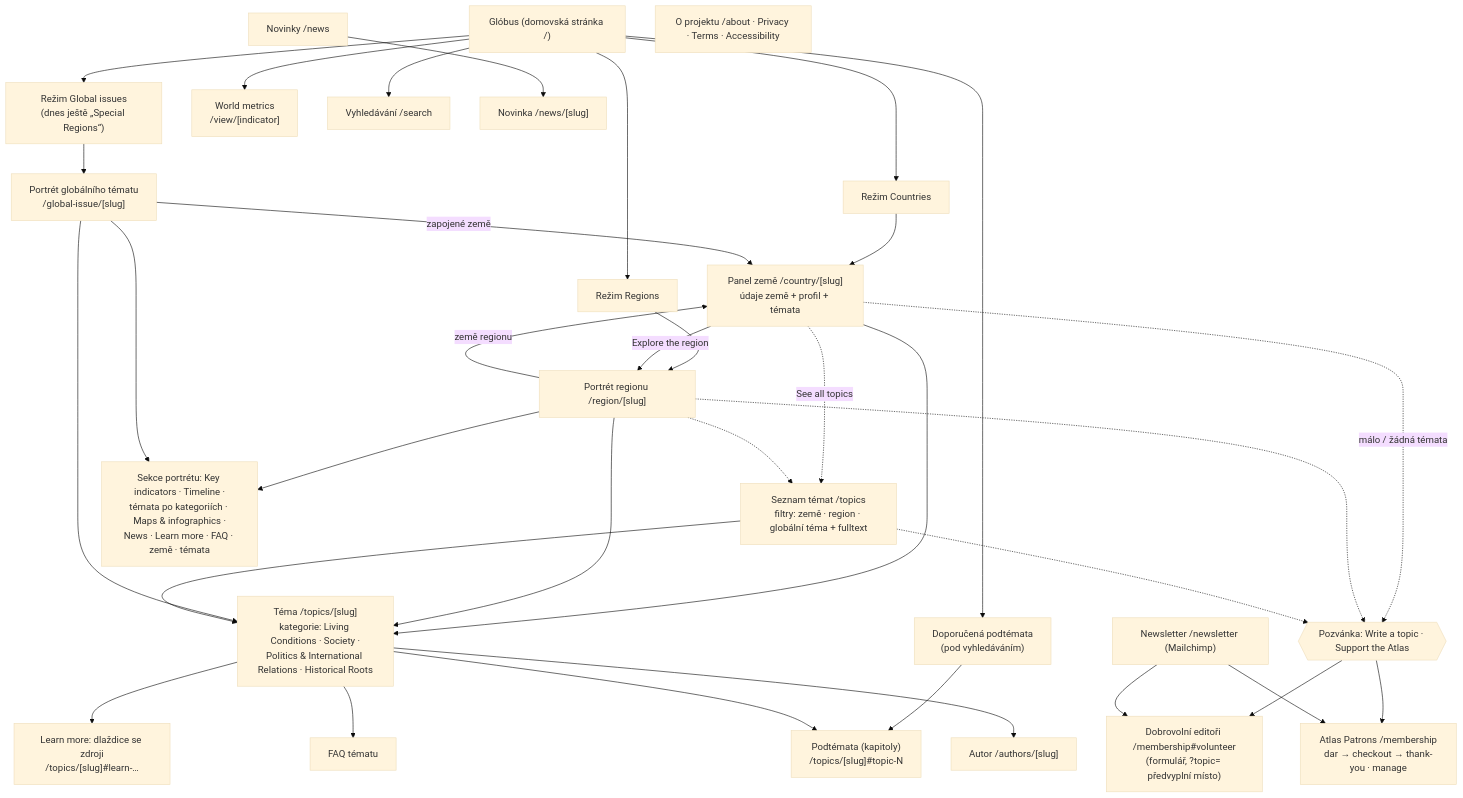
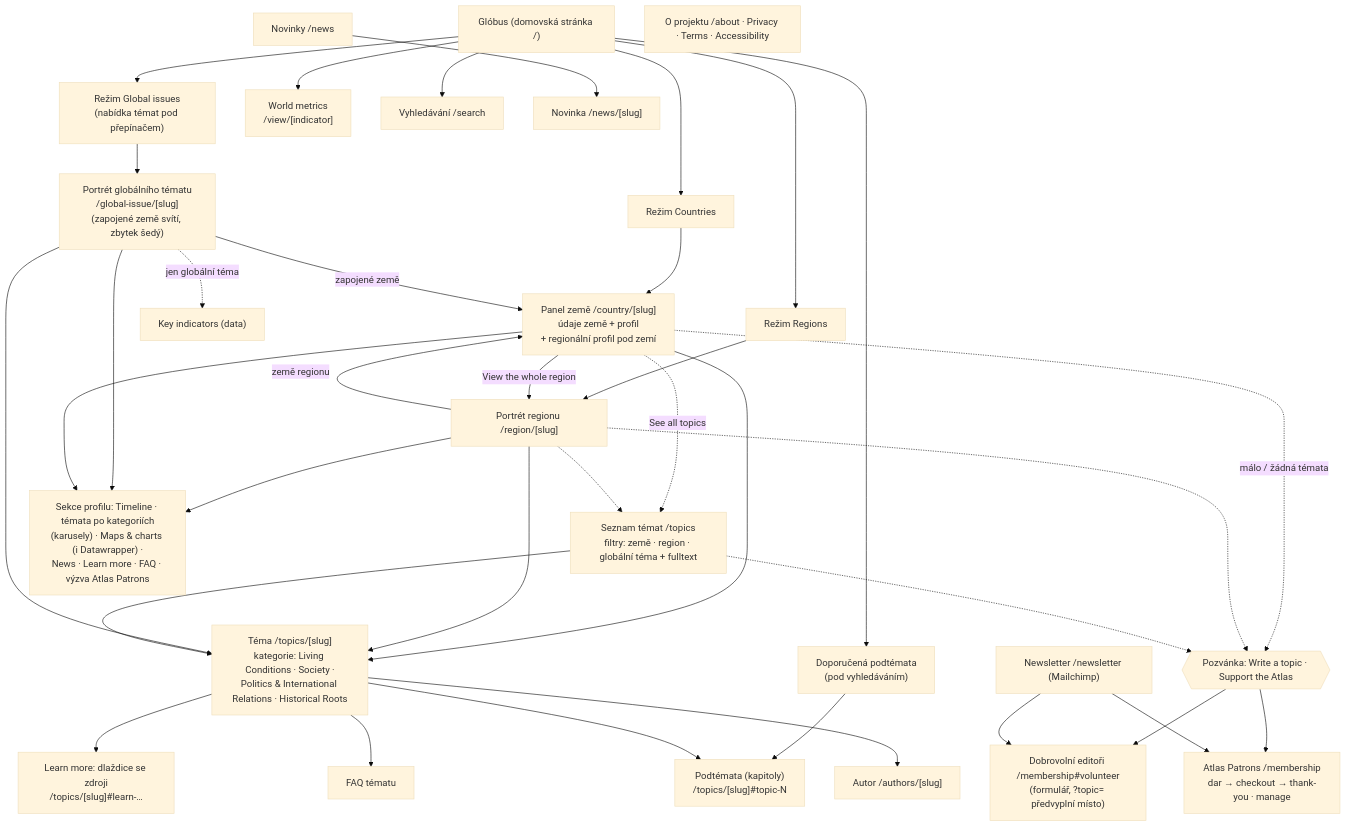
The first of 2 diagrams in docs/architecture/mapa-webu.md (Atlas-of-Today-s-World/atlas-of-todays-world), drawn with Mermaid (base theme) before and after one commit. The commit also changed other lines of this file, not shown here.

Commit message:
docs: site map after the 2026-10-07 changes (regional profile, global issues, content status)

````diff
--- a/docs/architecture/mapa-webu.md
+++ b/docs/architecture/mapa-webu.md
@@ -15,50 +15,52 @@
 ```mermaid
 flowchart TD
   Home["Glóbus (domovská stránka /)"]
   Home --> M1["Režim Countries"]
   Home --> M2["Režim Regions"]
-  Home --> M3["Režim Global issues<br/>(dnes ještě „Special Regions“)"]
+  Home --> M3["Režim Global issues<br/>(nabídka témat pod přepínačem)"]
   Home --> Metrics["World metrics<br/>/view/[indicator]"]
   Home --> Featured["Doporučená podtémata<br/>(pod vyhledáváním)"]
   Home --> Search["Vyhledávání /search"]
 
-  M1 --> Country["Panel země /country/[slug]<br/>údaje země + profil + témata"]
+  M1 --> Country["Panel země /country/[slug]<br/>údaje země + profil<br/>+ regionální profil pod zemí"]
   M2 --> Region["Portrét regionu /region/[slug]"]
-  M3 --> Issue["Portrét globálního tématu<br/>/global-issue/[slug]"]
-  Country -->|"Explore the region"| Region
+  M3 --> Issue["Portrét globálního tématu<br/>/global-issue/[slug]<br/>(zapojené země svítí, zbytek šedý)"]
+  Country -->|"View the whole region"| Region
   Region -->|"země regionu"| Country
   Issue -->|"zapojené země"| Country
 
   Country --> Topic
   Region --> Topic
   Issue --> Topic
   Featured --> Subtopic
 
   Topics["Seznam témat /topics<br/>filtry: země · region · globální téma + fulltext"] --> Topic
   Country -.->|"See all topics"| Topics
   Region -.-> Topics
 
   Topic["Téma /topics/[slug]<br/>kategorie: Living Conditions · Society ·<br/>Politics & International Relations · Historical Roots"]
   Topic --> Subtopic["Podtémata (kapitoly)<br/>/topics/[slug]#topic-N"]
   Topic --> LearnMore["Learn more: dlaždice se zdroji<br/>/topics/[slug]#learn-…"]
   Topic --> TopicFaq["FAQ tématu"]
   Topic --> Author["Autor /authors/[slug]"]
 
-  Region --> Portrait["Sekce portrétu: Key indicators · Timeline ·<br/>témata po kategoriích · Maps & infographics ·<br/>News · Learn more · FAQ · země · témata"]
+  Region --> Portrait["Sekce profilu: Timeline · témata po kategoriích<br/>(karusely) · Maps & charts (i Datawrapper) ·<br/>News · Learn more · FAQ · výzva Atlas Patrons"]
   Issue --> Portrait
+  Country --> Portrait
+  Issue -.->|"jen globální téma"| KeyInd["Key indicators (data)"]
 
   News["Novinky /news"] --> NewsItem["Novinka /news/[slug]"]
 
   Country -.->|"málo / žádná témata"| Invite{{"Pozvánka: Write a topic · Support the Atlas"}}
   Region -.-> Invite
   Topics -.-> Invite
   Invite --> Volunteer
   Invite --> Patrons
 
   Patrons["Atlas Patrons /membership<br/>dar → checkout → thank-you · manage"]
   Volunteer["Dobrovolní editoři /membership#volunteer<br/>(formulář, ?topic= předvyplní místo)"]
   Newsletter["Newsletter /newsletter (Mailchimp)"]
   Newsletter --> Patrons
   Newsletter --> Volunteer
   About["O projektu /about · Privacy · Terms · Accessibility"]
 ```
````
